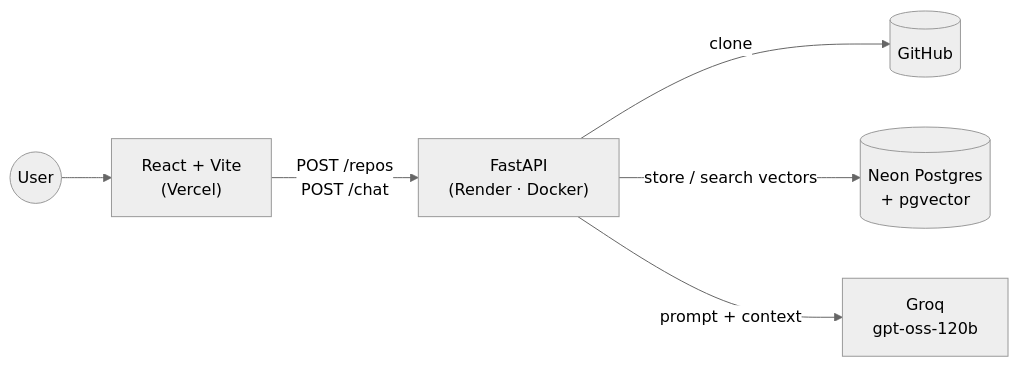
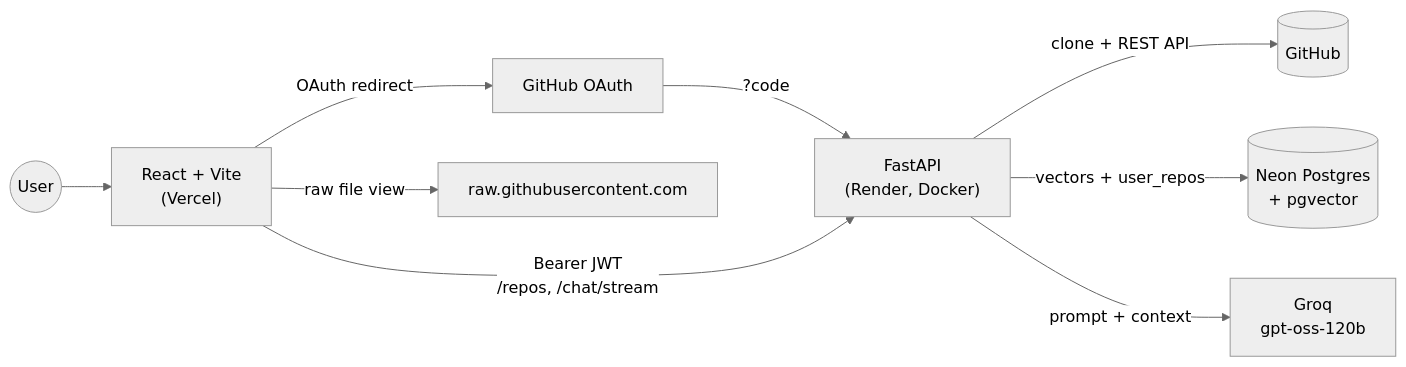
Before and after one commit to Aditya09Goyal/github-GPT-using-RAG: the second of 2 diagrams in README.md, drawn with Mermaid (neutral theme). The commit also changed other lines of this file, not shown here.

````diff
--- a/README.md
+++ b/README.md
@@ -124,8 +115,11 @@
 ```mermaid
 flowchart LR
     U((User)) --> FE["React + Vite<br/>(Vercel)"]
-    FE -- "POST /repos<br/>POST /chat" --> BE["FastAPI<br/>(Render · Docker)"]
-    BE -- clone --> GH[(GitHub)]
-    BE -- "store / search vectors" --> DB[("Neon Postgres<br/>+ pgvector")]
+    FE -- "OAuth redirect" --> GH[GitHub OAuth]
+    GH -- "?code" --> BE
+    FE -- "Bearer JWT<br/>/repos, /chat/stream" --> BE["FastAPI<br/>(Render, Docker)"]
+    BE -- "clone + REST API" --> GHR[(GitHub)]
+    BE -- "vectors + user_repos" --> DB[("Neon Postgres<br/>+ pgvector")]
     BE -- "prompt + context" --> LLM["Groq<br/>gpt-oss-120b"]
+    FE -- "raw file view" --> RAW[raw.githubusercontent.com]
 ```
````
